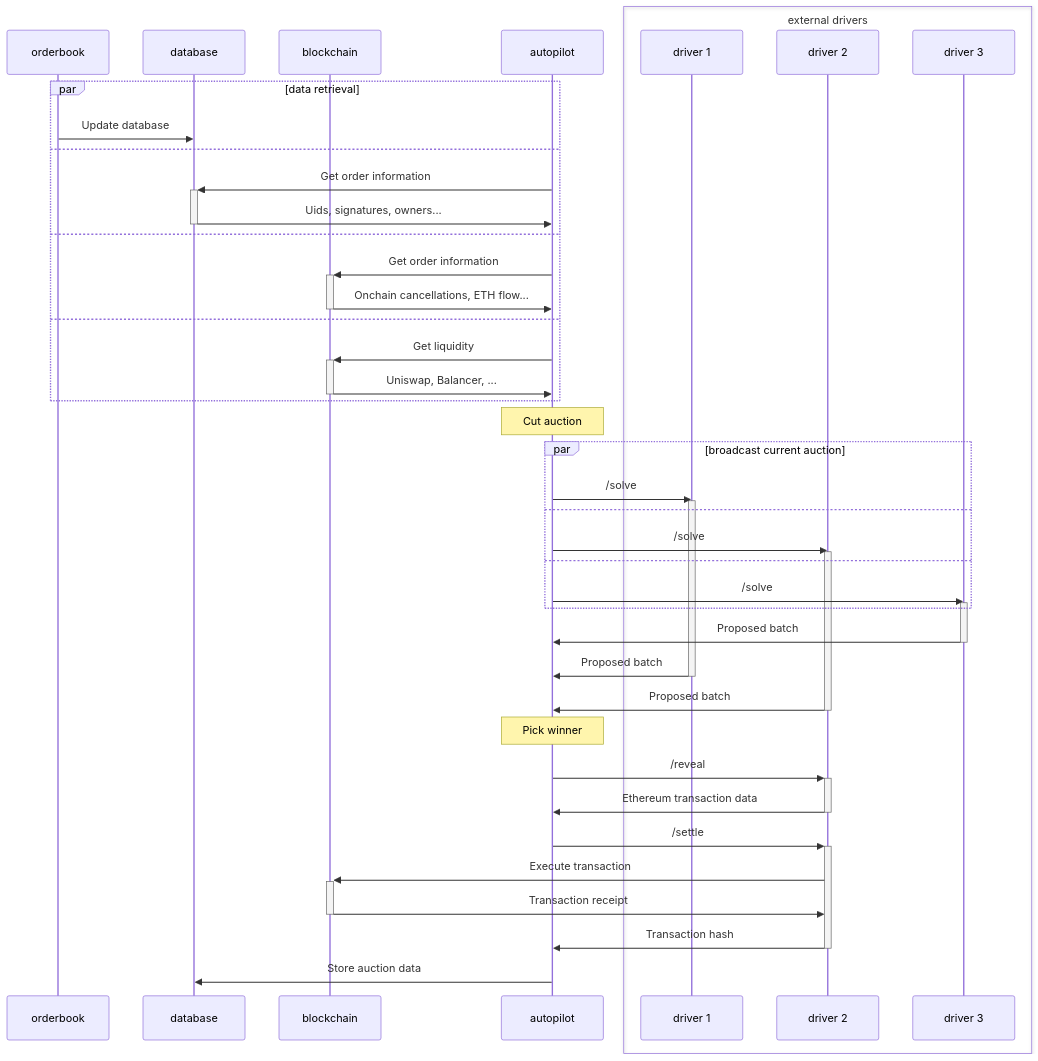
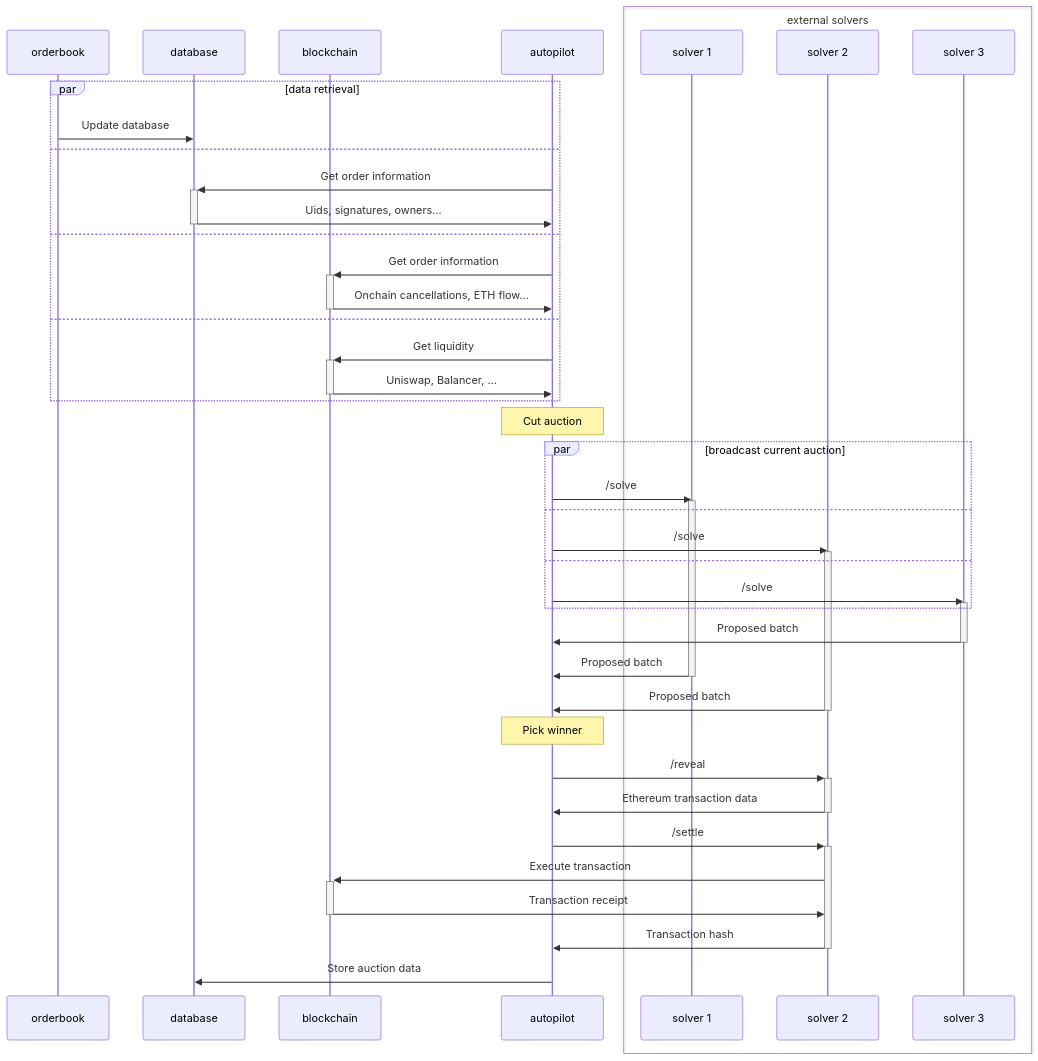
One commit to cowprotocol/docs changed the diagram in docs/cow-protocol/tutorials/arbitrate/autopilot.md. Above: the diagram before and after it, drawn with Mermaid. The commit also changed other lines of this file, not shown here.

Commit message:
Remove direct references to the driver in favor of solvers

````diff
--- a/docs/cow-protocol/tutorials/arbitrate/autopilot.md
+++ b/docs/cow-protocol/tutorials/arbitrate/autopilot.md
@@ -26,55 +26,55 @@
 ```mermaid
 sequenceDiagram
     participant orderbook
     participant database
     participant blockchain
     participant autopilot
-    box external drivers
-      participant driver 1
-      participant driver 2
-      participant driver 3
+    box external solvers
+      participant solver 1
+      participant solver 2
+      participant solver 3
     end
 
     par data retrieval
       # database orders
       orderbook->>database: Update database
     and
       autopilot->>+database: Get order information
       database->>-autopilot: Uids, signatures, owners...
     and
       autopilot->>+blockchain: Get order information
       blockchain->>-autopilot: Onchain cancellations, ETH flow...
     and
       autopilot->>+blockchain: Get liquidity
       blockchain->>-autopilot: Uniswap, Balancer, ...
     end
 
     # auction
     Note over autopilot: Cut auction
     par broadcast current auction
-      autopilot->>driver 1: /solve
-      activate driver 1
+      autopilot->>solver 1: /solve
+      activate solver 1
     and
-      autopilot->>driver 2: /solve
-      activate driver 2
+      autopilot->>solver 2: /solve
+      activate solver 2
     and
-      autopilot->>driver 3: /solve
-      activate driver 3
+      autopilot->>solver 3: /solve
+      activate solver 3
     end
-    driver 3->>autopilot: Proposed batch
-    deactivate driver 3
-    driver 1->>autopilot: Proposed batch
-    deactivate driver 1
-    driver 2->>autopilot: Proposed batch
-    deactivate driver 2
+    solver 3->>autopilot: Proposed batch
+    deactivate solver 3
+    solver 1->>autopilot: Proposed batch
+    deactivate solver 1
+    solver 2->>autopilot: Proposed batch
+    deactivate solver 2
 
     Note over autopilot: Pick winner
-    autopilot->>+driver 2: /reveal
-    driver 2->>-autopilot: Ethereum transaction data
-    autopilot->>+driver 2: /settle
-    driver 2->>+blockchain: Execute transaction
-    blockchain->>-driver 2: Transaction receipt
-    driver 2->>-autopilot: Transaction hash
+    autopilot->>+solver 2: /reveal
+    solver 2->>-autopilot: Ethereum transaction data
+    autopilot->>+solver 2: /settle
+    solver 2->>+blockchain: Execute transaction
+    blockchain->>-solver 2: Transaction receipt
+    solver 2->>-autopilot: Transaction hash
 
     autopilot->>database: Store auction data
 ```
````
